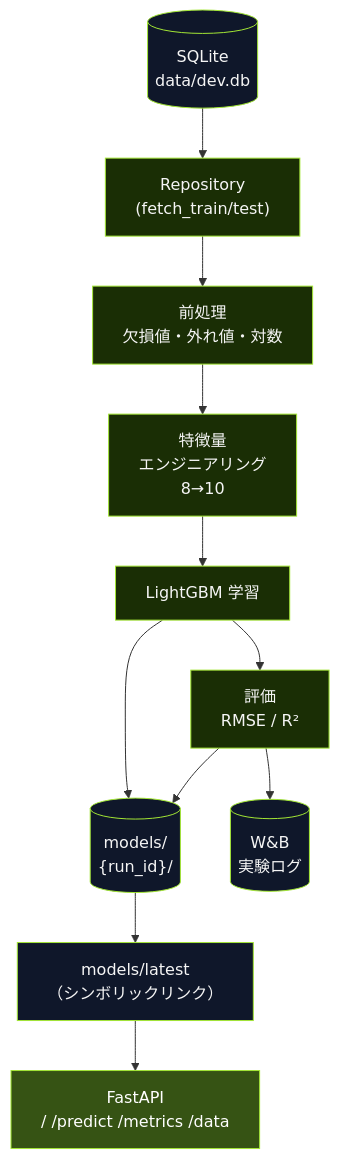
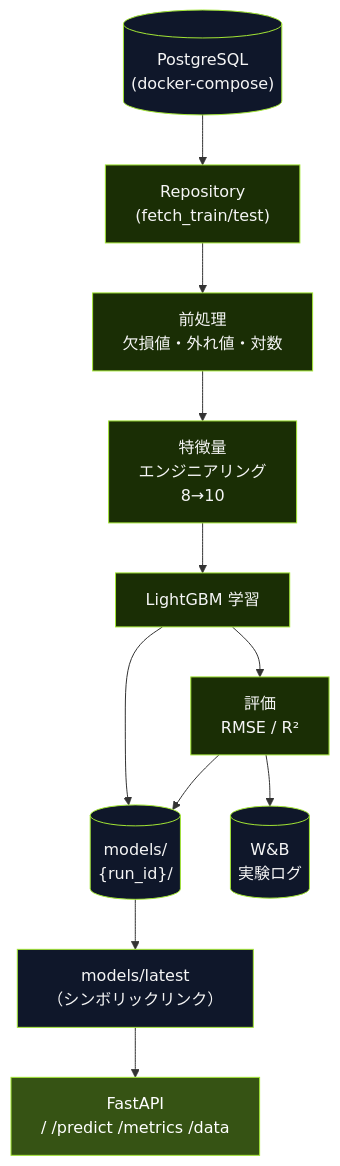
One commit to kurosawa-kuro/study-ml-foundations changed the second of 6 diagrams in docs/教育資料/05_図解.md. Above: the diagram before and after it, drawn with Mermaid. The commit also changed 4 other files, not shown here.

````diff
--- a/docs/教育資料/05_図解.md
+++ b/docs/教育資料/05_図解.md
@@ -37,27 +37,27 @@
 ```mermaid
 flowchart TB
-    Data[("SQLite<br/>data/dev.db")]
+    Data[("PostgreSQL<br/>(docker-compose)")]
     Repo["Repository<br/>(fetch_train/test)"]
     Pre["前処理<br/>欠損値・外れ値・対数"]
     FE["特徴量<br/>エンジニアリング<br/>8→10"]
     Train["LightGBM 学習"]
     Eval["評価<br/>RMSE / R²"]
     Models[("models/<br/>{run_id}/")]
     Latest["models/latest<br/>（シンボリックリンク）"]
     API["FastAPI<br/>/ /predict /metrics /data"]
     WB[("W&B<br/>実験ログ")]
 
     Data --> Repo --> Pre --> FE --> Train --> Eval
     Train --> Models
     Models --> Latest
     Latest --> API
     Eval --> WB
     Eval --> Models
 
     classDef storage fill:#0f172a,stroke:#a3e635,color:#f5f5f5
     classDef process fill:#1a2e05,stroke:#a3e635,color:#f5f5f5
     classDef serve fill:#365314,stroke:#a3e635,color:#ffffff
     class Data,Models,Latest,WB storage
     class Repo,Pre,FE,Train,Eval process
     class API serve
 ```
````
